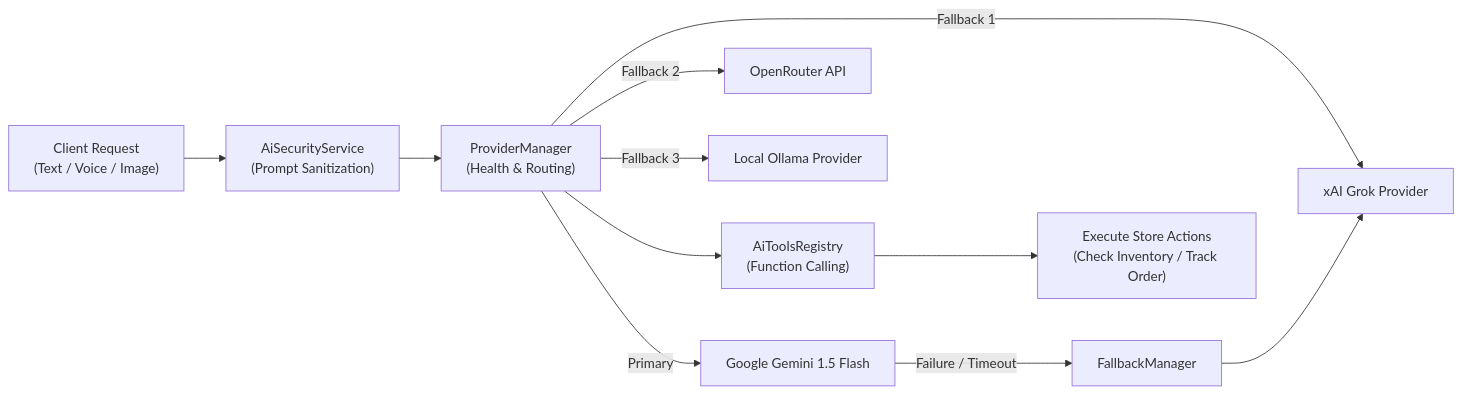
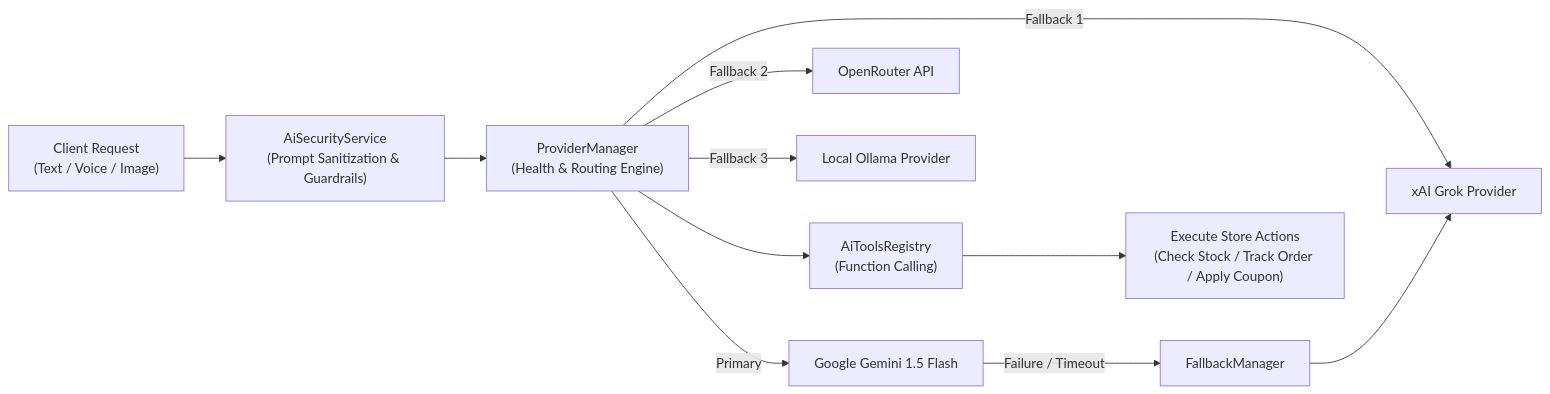
One commit to Sachinxcode-01/Daily-Basket changed the second of 2 diagrams in README.md. Above: the diagram before and after it, drawn with Mermaid. The commit also changed other lines of this file and 9 other files, not shown here.

````diff
--- a/README.md
+++ b/README.md
@@ -336,16 +403,16 @@
 ```mermaid
 graph LR
-    Client["Client Request\n(Text / Voice / Image)"] --> Security["AiSecurityService\n(Prompt Sanitization)"]
-    Security --> ProviderMgr["ProviderManager\n(Health & Routing)"]
+    Client["Client Request\n(Text / Voice / Image)"] --> Security["AiSecurityService\n(Prompt Sanitization & Guardrails)"]
+    Security --> ProviderMgr["ProviderManager\n(Health & Routing Engine)"]
 
     ProviderMgr -->|Primary| Gemini["Google Gemini 1.5 Flash"]
     ProviderMgr -->|Fallback 1| Grok["xAI Grok Provider"]
     ProviderMgr -->|Fallback 2| OpenRouter["OpenRouter API"]
     ProviderMgr -->|Fallback 3| Local["Local Ollama Provider"]
 
     Gemini -->|Failure / Timeout| FallbackMgr["FallbackManager"]
     FallbackMgr --> Grok
 
     ProviderMgr --> ToolReg["AiToolsRegistry\n(Function Calling)"]
-    ToolReg --> Execute["Execute Store Actions\n(Check Inventory / Track Order)"]
+    ToolReg --> Execute["Execute Store Actions\n(Check Stock / Track Order / Apply Coupon)"]
 ```
````
